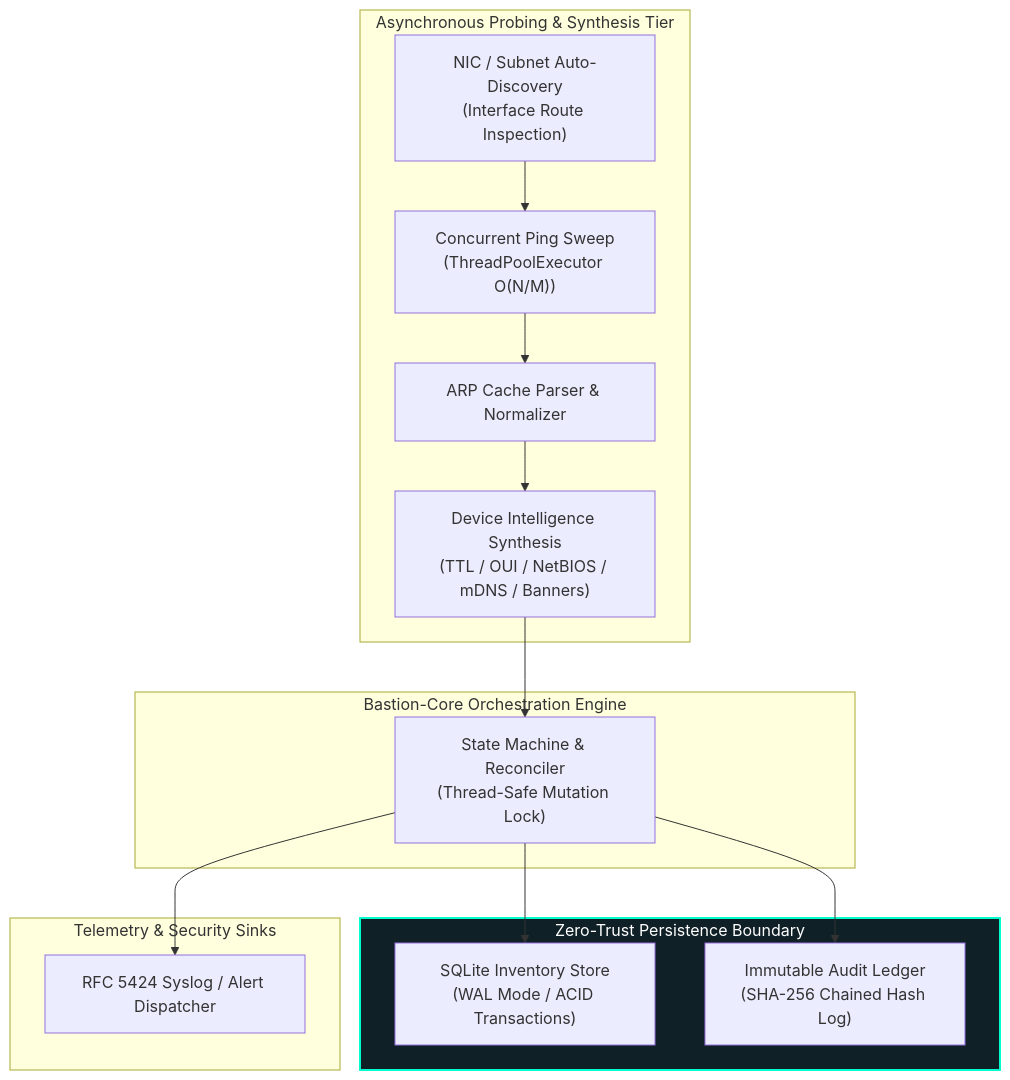
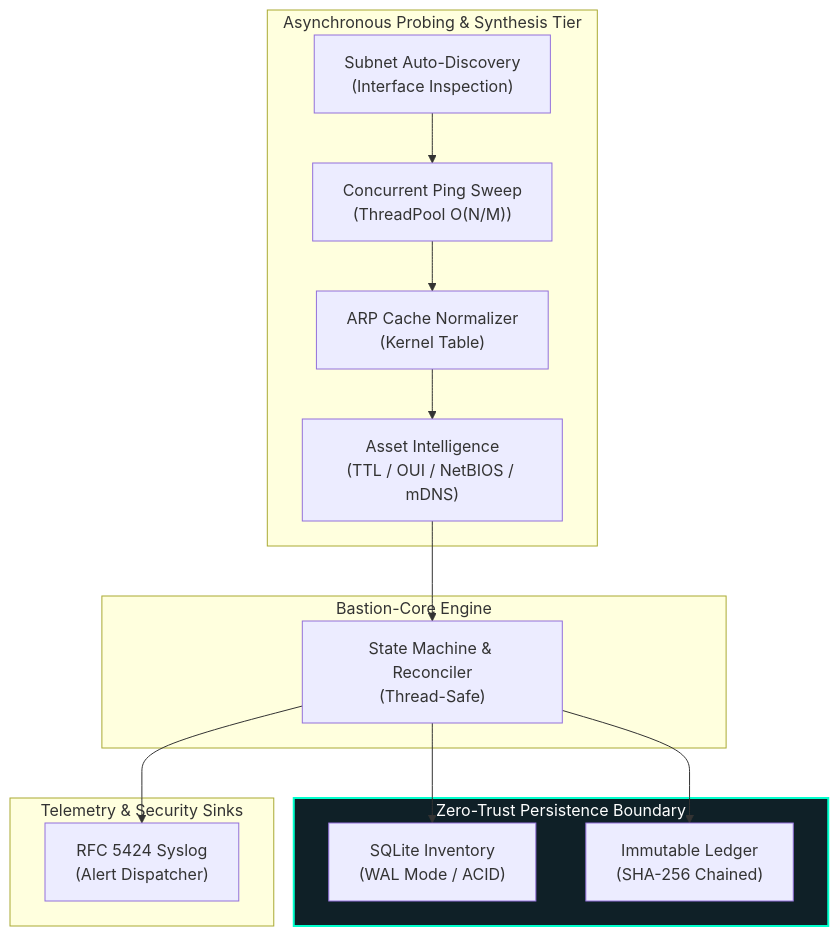
The diagram in README.md (welzim19-star/bastion-core), drawn with Mermaid before and after one commit. The commit also changed 1 other file, not shown here.

Commit message:
fix(diagram): format node labels with br and optimize label widths to eliminate text clipping

````diff
--- a/README.md
+++ b/README.md
@@ -25,34 +25,34 @@
 ```mermaid
 flowchart TD
     subgraph PROBE_LAYER["Asynchronous Probing & Synthesis Tier"]
-        AutoNIC["NIC / Subnet Auto-Discovery<br/>(Interface Route Inspection)"]
-        BatchProbe["Concurrent Ping Sweep<br/>(ThreadPoolExecutor O(N/M))"]
-        ARP["ARP Cache Parser & Normalizer"]
-        Intel["Device Intelligence Synthesis<br/>(TTL / OUI / NetBIOS / mDNS / Banners)"]
+        AutoNIC["Subnet Auto-Discovery<br/>(Interface Inspection)"]
+        BatchProbe["Concurrent Ping Sweep<br/>(ThreadPool O(N/M))"]
+        ARP["ARP Cache Normalizer<br/>(Kernel Table)"]
+        Intel["Asset Intelligence<br/>(TTL / OUI / NetBIOS / mDNS)"]
         
         AutoNIC --> BatchProbe
         BatchProbe --> ARP
         ARP --> Intel
     end
 
-    subgraph ENGINE_CORE["Bastion-Core Orchestration Engine"]
-        Engine["State Machine & Reconciler<br/>(Thread-Safe Mutation Lock)"]
+    subgraph ENGINE_CORE["Bastion-Core Engine"]
+        Engine["State Machine & Reconciler<br/>(Thread-Safe)"]
         Intel --> Engine
     end
 
     subgraph STORAGE_LEDGER["Zero-Trust Persistence Boundary"]
-        WAL["SQLite Inventory Store<br/>(WAL Mode / ACID Transactions)"]
-        Ledger["Immutable Audit Ledger<br/>(SHA-256 Chained Hash Log)"]
+        WAL["SQLite Inventory<br/>(WAL Mode / ACID)"]
+        Ledger["Immutable Ledger<br/>(SHA-256 Chained)"]
         
         Engine --> WAL
         Engine --> Ledger
     end
 
     subgraph SINKS["Telemetry & Security Sinks"]
-        Syslog["RFC 5424 Syslog / Alert Dispatcher"]
+        Syslog["RFC 5424 Syslog<br/>(Alert Dispatcher)"]
         Engine --> Syslog
     end
 
     classDef secure fill:#0f2027,stroke:#00ffcc,stroke-width:2px,color:#fff;
     class STORAGE_LEDGER secure;
 ```
````
